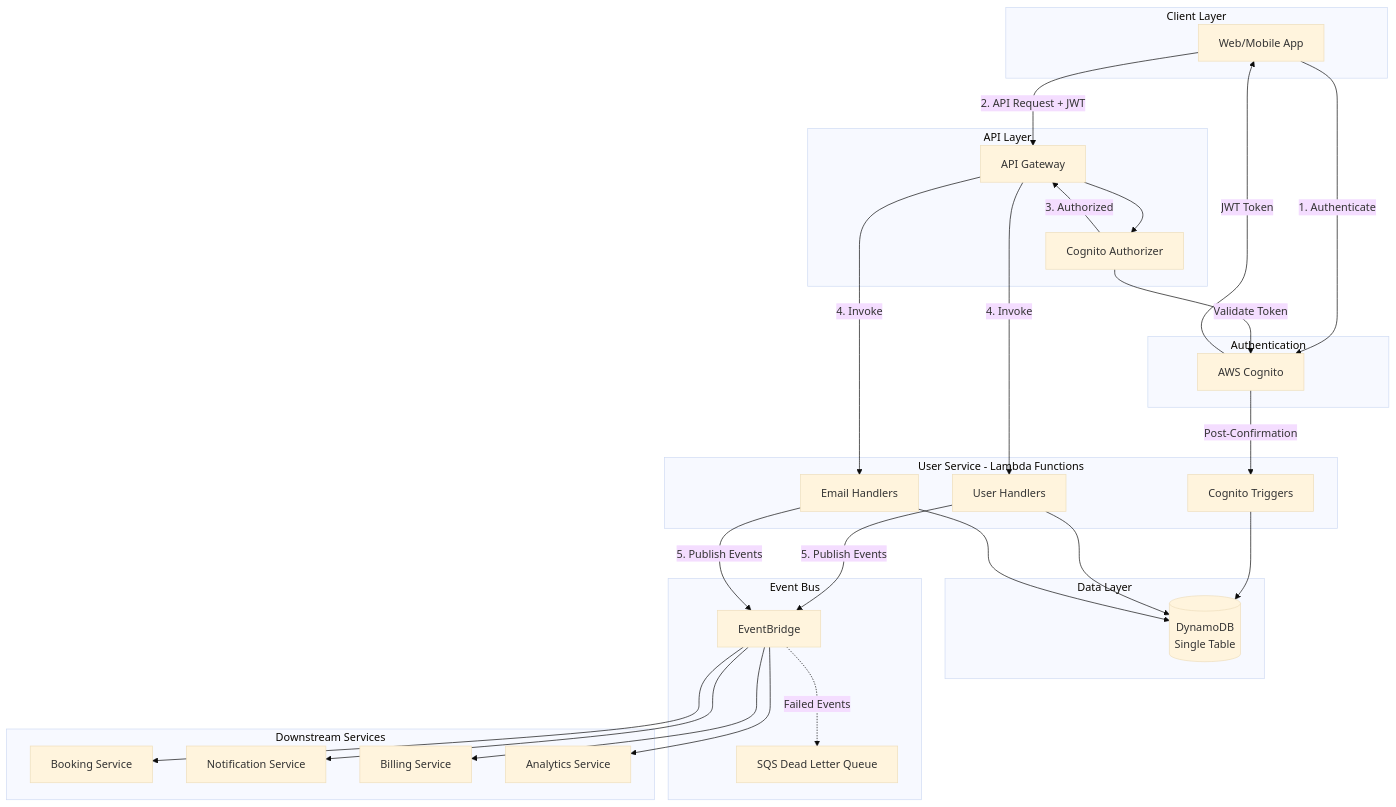
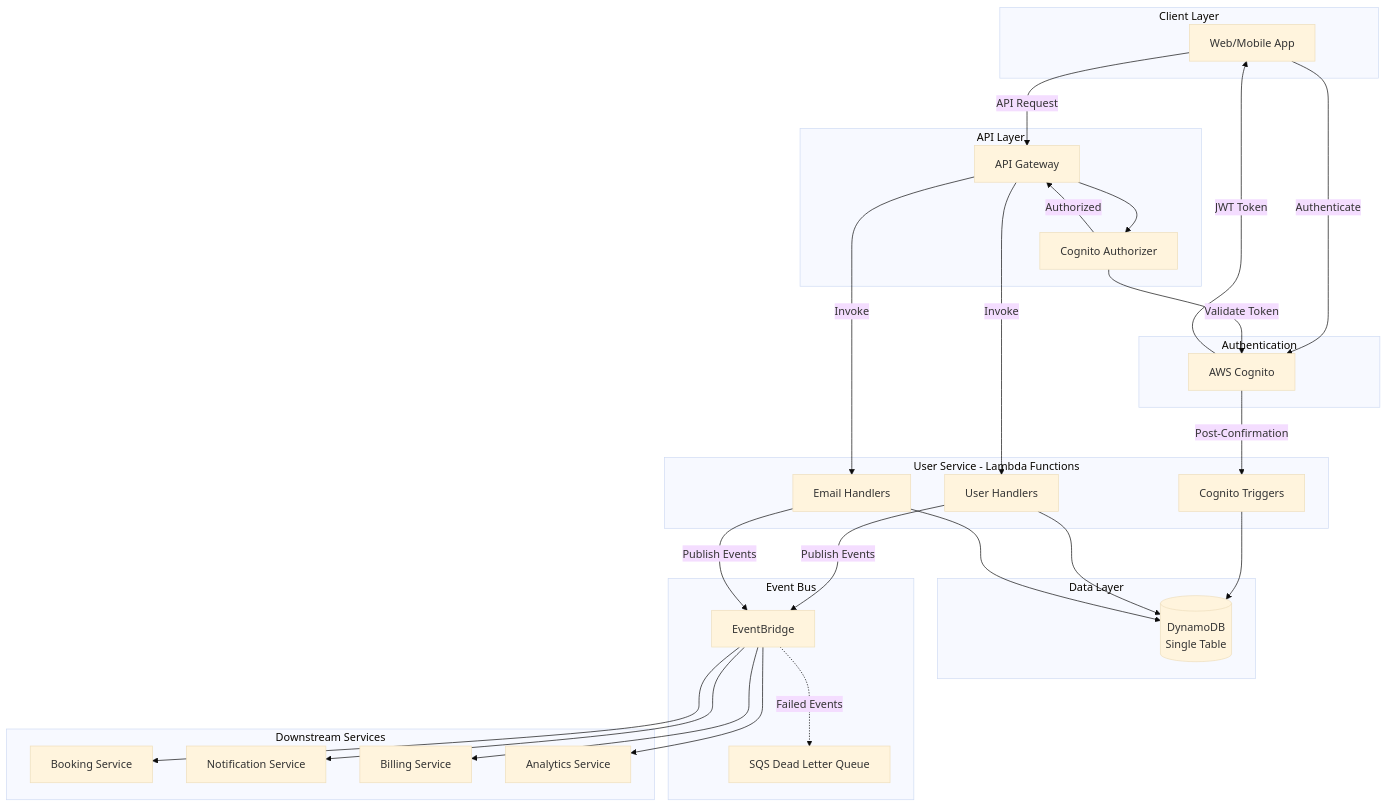
The diagram in architecture.mdx (esakrissa/user-service-design), drawn with Mermaid (base theme) before and after one commit. The commit also changed other lines of this file and 5 other files, not shown here.

Commit message:
fix: update logos to centered J, fix mermaid diagram labels, add diagram link

````diff
--- a/architecture.mdx
+++ b/architecture.mdx
@@ -10,57 +10,57 @@
 ```mermaid
 graph TB
     subgraph "Client Layer"
         APP[Web/Mobile App]
     end
     
     subgraph "Authentication"
         COG[AWS Cognito]
     end
     
     subgraph "API Layer"
         APIGW[API Gateway]
         AUTH[Cognito Authorizer]
     end
     
     subgraph "User Service - Lambda Functions"
         UH[User Handlers]
         EH[Email Handlers]
         TRG[Cognito Triggers]
     end
     
     subgraph "Data Layer"
         DDB[(DynamoDB<br/>Single Table)]
     end
     
     subgraph "Event Bus"
         EB[EventBridge]
         DLQ[SQS Dead Letter Queue]
     end
     
     subgraph "Downstream Services"
         SVC1[Booking Service]
         SVC2[Notification Service]
         SVC3[Billing Service]
         SVC4[Analytics Service]
     end
     
-    APP -->|1. Authenticate| COG
+    APP -->|Authenticate| COG
     COG -->|JWT Token| APP
-    APP -->|2. API Request + JWT| APIGW
+    APP -->|API Request| APIGW
     APIGW --> AUTH
     AUTH -->|Validate Token| COG
-    AUTH -->|3. Authorized| APIGW
-    APIGW -->|4. Invoke| UH
-    APIGW -->|4. Invoke| EH
+    AUTH -->|Authorized| APIGW
+    APIGW -->|Invoke| UH
+    APIGW -->|Invoke| EH
     COG -->|Post-Confirmation| TRG
     TRG --> DDB
     UH --> DDB
     EH --> DDB
-    UH -->|5. Publish Events| EB
-    EH -->|5. Publish Events| EB
+    UH -->|Publish Events| EB
+    EH -->|Publish Events| EB
     EB --> SVC1
     EB --> SVC2
     EB --> SVC3
     EB --> SVC4
     EB -.->|Failed Events| DLQ
 ```
````
